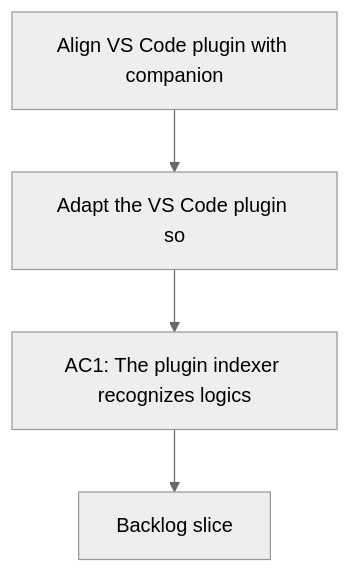
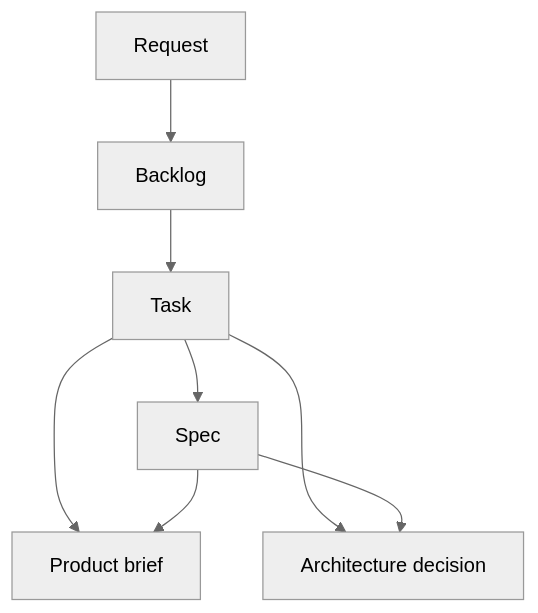
One commit to AlexAgo83/logics-manager changed the diagram in logics/request/req_022_align_vs_code_plugin_with_companion_docs_workflow.md. Above: the diagram before and after it, drawn with Mermaid (neutral theme). The commit also changed other lines of this file and 54 other files, not shown here.

Commit message:
Add orchestration task phase and align review docs

````diff
--- a/logics/request/req_022_align_vs_code_plugin_with_companion_docs_workflow.md
+++ b/logics/request/req_022_align_vs_code_plugin_with_companion_docs_workflow.md
@@ -51,8 +51,12 @@
 ```mermaid
 %% logics-kind: request
 %% logics-signature: request|align-vs-code-plugin-with-companion-docs|adapt-the-vs-code-plugin-so|ac1-the-plugin-indexer-recognizes-logics
 flowchart TD
-    Trigger[Align VS Code plugin with companion] --> Need[Adapt the VS Code plugin so]
-    Need --> Outcome[AC1: The plugin indexer recognizes logics]
-    Outcome --> Backlog[Backlog slice]
+    Req[Request] --> Backlog[Backlog]
+    Backlog --> Task[Task]
+    Task --> Spec[Spec]
+    Task --> Prod[Product brief]
+    Task --> Arch[Architecture decision]
+    Spec --> Prod
+    Spec --> Arch
 ```
````
